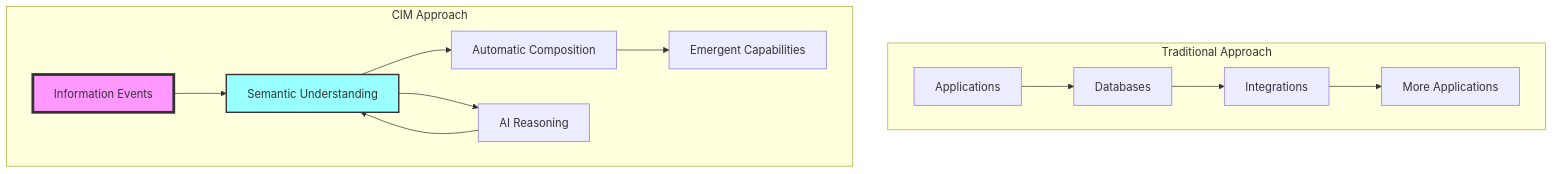
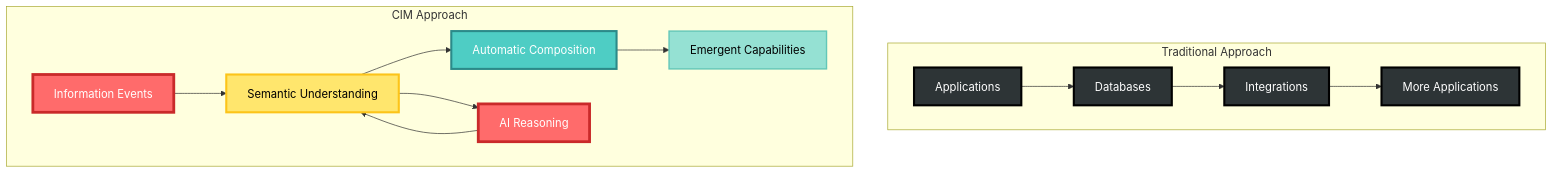
Before and after one commit to TheCowboyAI/cim: the first of 6 diagrams in doc/cim_comprehensive_manual.md, drawn with Mermaid. The commit also changed other lines of this file and 12 other files, not shown here.

````diff
--- a/doc/cim_comprehensive_manual.md
+++ b/doc/cim_comprehensive_manual.md
@@ -30,20 +30,28 @@
 ```mermaid
 graph TB
     subgraph "Traditional Approach"
         A[Applications] --> B[Databases]
         B --> C[Integrations]
         C --> D[More Applications]
     end
     
     subgraph "CIM Approach"
         E[Information Events] --> F[Semantic Understanding]
         F --> G[Automatic Composition]
         G --> H[Emergent Capabilities]
         
         F --> I[AI Reasoning]
         I --> F
     end
     
-    style E fill:#f9f,stroke:#333,stroke-width:4px
-    style F fill:#9ff,stroke:#333,stroke-width:2px
+    %% Styling - traditional as gray, CIM as vibrant
+    style A fill:#2D3436,stroke:#000,stroke-width:3px,color:#FFF
+    style B fill:#2D3436,stroke:#000,stroke-width:3px,color:#FFF
+    style C fill:#2D3436,stroke:#000,stroke-width:3px,color:#FFF
+    style D fill:#2D3436,stroke:#000,stroke-width:3px,color:#FFF
+    style E fill:#FF6B6B,stroke:#C92A2A,stroke-width:4px,color:#FFF
+    style F fill:#FFE66D,stroke:#FCC419,stroke-width:3px,color:#000
+    style G fill:#4ECDC4,stroke:#2B8A89,stroke-width:3px,color:#FFF
+    style H fill:#95E1D3,stroke:#63C7B8,stroke-width:2px,color:#000
+    style I fill:#FF6B6B,stroke:#C92A2A,stroke-width:4px,color:#FFF
 ```
````
